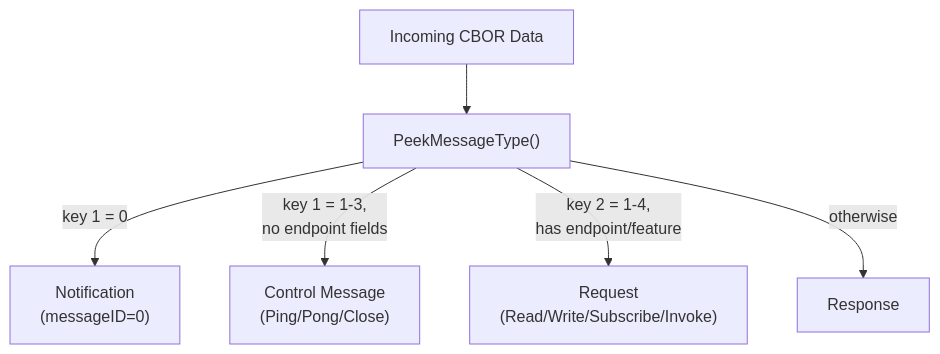
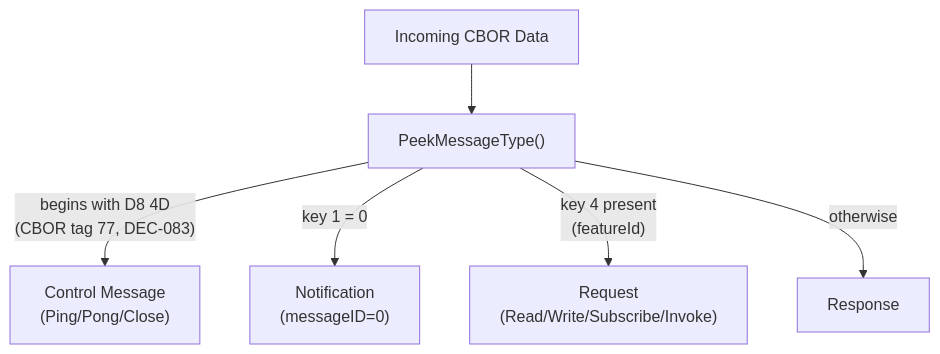
Before and after one commit to teamgreis/mash: the sixth of 27 diagrams in docs/stack-architecture.md, drawn with Mermaid. The commit also changed other lines of this file and 14 other files, not shown here.

````diff
--- a/docs/stack-architecture.md
+++ b/docs/stack-architecture.md
@@ -504,8 +508,8 @@
 ```mermaid
 flowchart TD
     DATA["Incoming CBOR Data"] --> PEEK["PeekMessageType()"]
+    PEEK -->|"begins with D8 4D<br/>(CBOR tag 77, DEC-083)"| CTRL["Control Message<br/>(Ping/Pong/Close)"]
     PEEK -->|"key 1 = 0"| NOTIF["Notification<br/>(messageID=0)"]
-    PEEK -->|"key 1 = 1-3,<br/>no endpoint fields"| CTRL["Control Message<br/>(Ping/Pong/Close)"]
-    PEEK -->|"key 2 = 1-4,<br/>has endpoint/feature"| REQ["Request<br/>(Read/Write/Subscribe/Invoke)"]
+    PEEK -->|"key 4 present<br/>(featureId)"| REQ["Request<br/>(Read/Write/Subscribe/Invoke)"]
     PEEK -->|"otherwise"| RESP["Response"]
 ```
````
